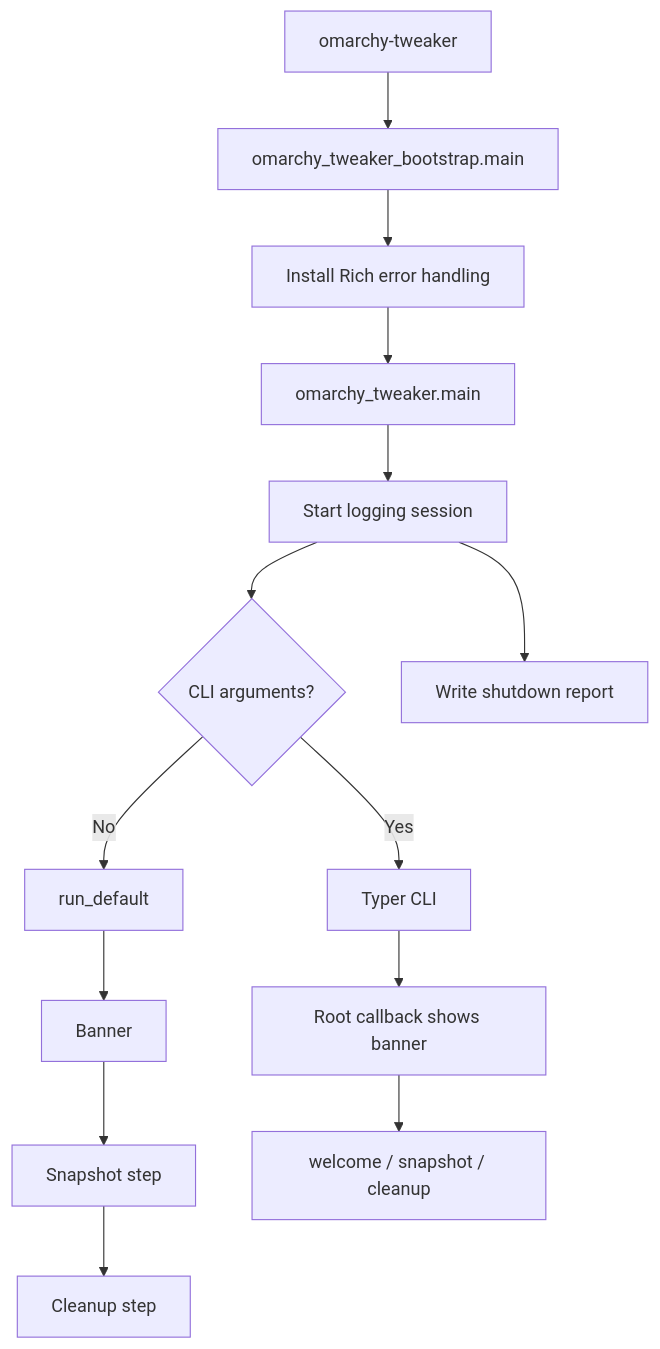
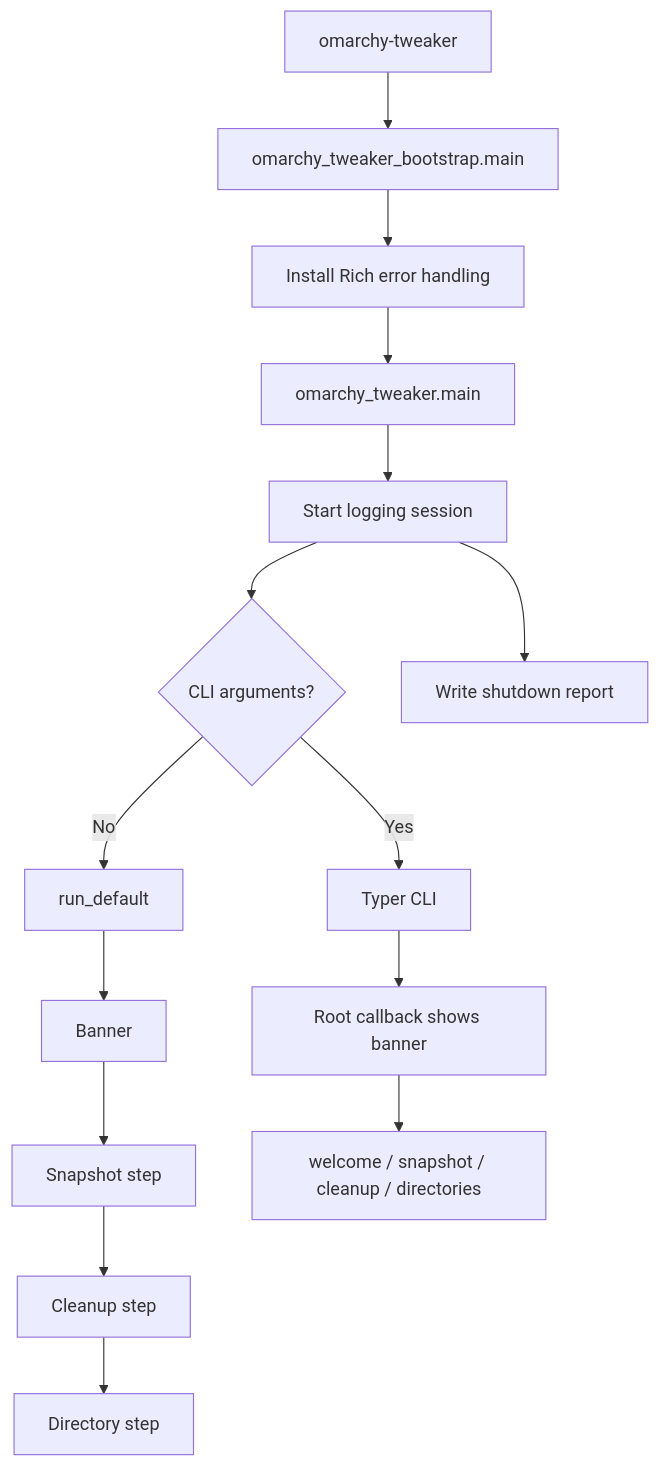
Before and after one commit to Armoghans-Organization/Omarchy-Tweaker: the first of 3 diagrams in docs/architecture.md, drawn with Mermaid. The commit also changed other lines of this file and 16 other files, not shown here.

````diff
--- a/docs/architecture.md
+++ b/docs/architecture.md
@@ -18,16 +18,17 @@
 ```mermaid
 flowchart TD
     A[omarchy-tweaker] --> B[omarchy_tweaker_bootstrap.main]
     B --> C[Install Rich error handling]
     C --> D[omarchy_tweaker.main]
     D --> E[Start logging session]
     E --> F{CLI arguments?}
     F -- No --> G[run_default]
     G --> H[Banner]
     H --> I[Snapshot step]
     I --> J[Cleanup step]
+    J --> O[Directory step]
     F -- Yes --> K[Typer CLI]
     K --> L[Root callback shows banner]
-    L --> M[welcome / snapshot / cleanup]
+    L --> M[welcome / snapshot / cleanup / directories]
     E --> N[Write shutdown report]
 ```
````
